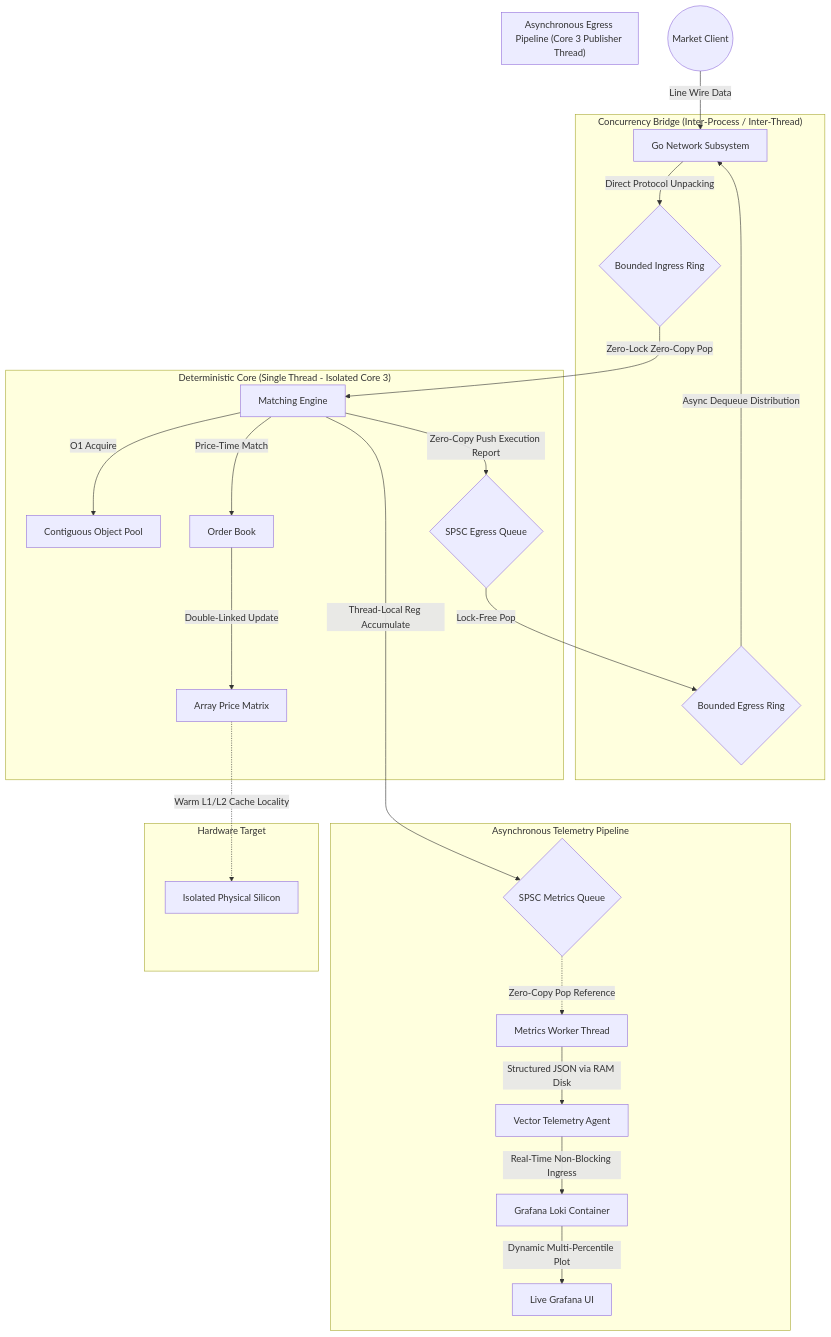
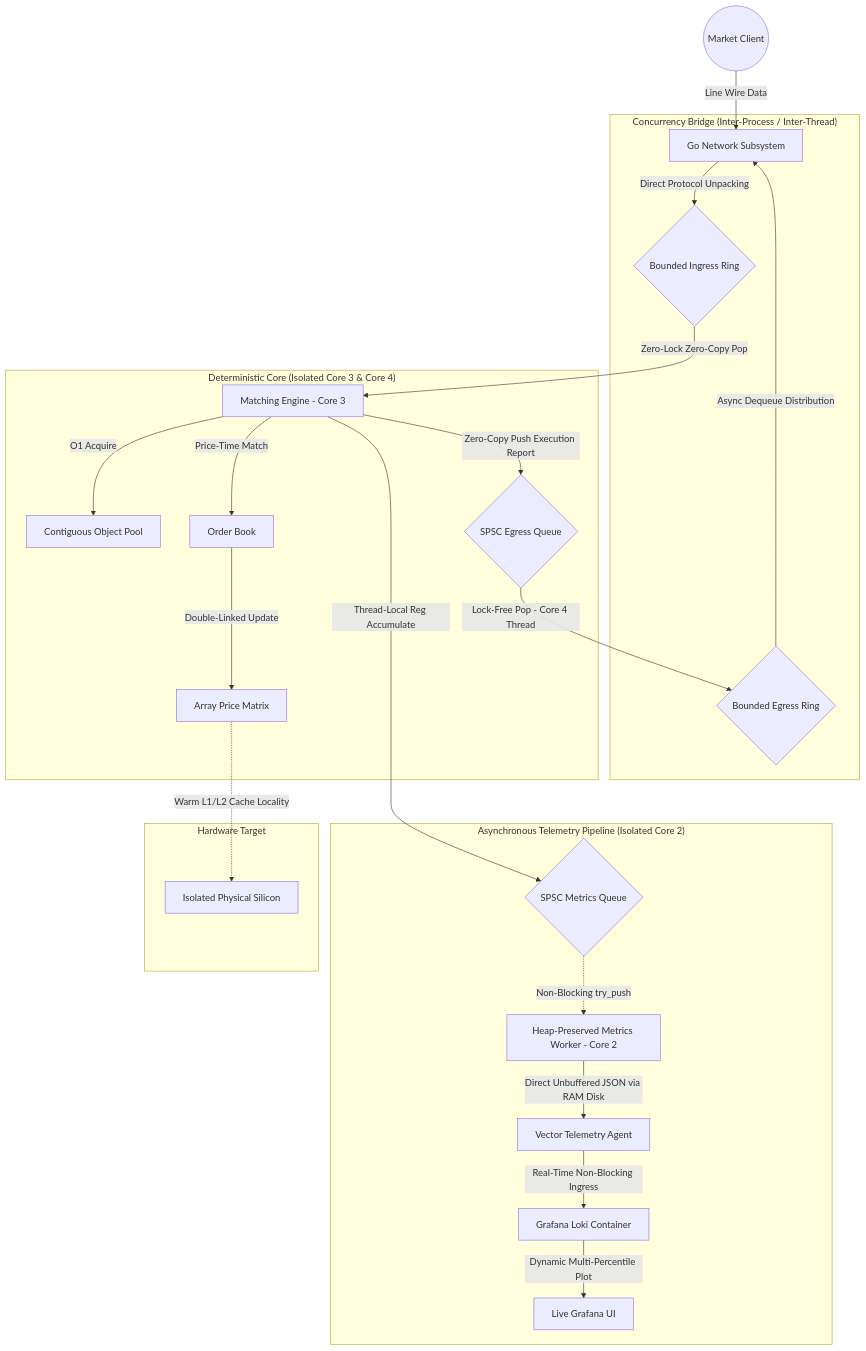
One commit to DeltaFosB/sequitur changed the diagram in README.md. Above: the diagram before and after it, drawn with Mermaid. The commit also changed other lines of this file, not shown here.

Commit message:
Update system architecture, KPIs, and topology for 3-core isolated pipeline in README

````diff
--- a/README.md
+++ b/README.md
@@ -61,36 +61,34 @@
 ```mermaid
 graph TD
     Client((Market Client)) -->|Line Wire Data| GoGateway[Go Network Subsystem]
     
     subgraph "Concurrency Bridge (Inter-Process / Inter-Thread)"
         GoGateway -->|Direct Protocol Unpacking| IngressRing{Bounded Ingress Ring}
         EgressRing{Bounded Egress Ring} -->|Async Dequeue Distribution| GoGateway
     end
     
-    subgraph "Deterministic Core (Single Thread - Isolated Core 3)"
-        IngressRing -->|Zero-Lock Zero-Copy Pop| Engine[Matching Engine]
+    subgraph "Deterministic Core (Isolated Core 3 & Core 4)"
+        IngressRing -->|Zero-Lock Zero-Copy Pop| Engine[Matching Engine - Core 3]
         Engine -->|O1 Acquire| Pool[Contiguous Object Pool]
         Engine -->|Price-Time Match| Book[Order Book]
         Book -->|Double-Linked Update| Matrix[Array Price Matrix]
         Engine -->|Zero-Copy Push Execution Report| EgressQueue{SPSC Egress Queue}
-    end
-
-    subgraph "Asynchronous Egress Pipeline (Core 3 Publisher Thread)"
-        EgressQueue -->|Lock-Free Pop| EgressRing
+        EgressQueue -->|Lock-Free Pop - Core 4 Thread| EgressRing
     end
     
-    subgraph "Asynchronous Telemetry Pipeline"
+    subgraph "Asynchronous Telemetry Pipeline (Isolated Core 2)"
         Engine -->|Thread-Local Reg Accumulate| MetricsQueue{SPSC Metrics Queue}
-        MetricsQueue -.->|Zero-Copy Pop Reference| MetricsWorker[Metrics Worker Thread]
-        MetricsWorker -->|Structured JSON via RAM Disk| Vector[Vector Telemetry Agent]
+        MetricsQueue -.->|Non-Blocking try_push| MetricsWorker[Heap-Preserved Metrics Worker - Core 2]
+        MetricsWorker -->|Direct Unbuffered JSON via RAM Disk| Vector[Vector Telemetry Agent]
         Vector -->|Real-Time Non-Blocking Ingress| Loki[Grafana Loki Container]
         Loki -->|Dynamic Multi-Percentile Plot| Grafana[Live Grafana UI]
     end
     
     subgraph "Hardware Target"
         Matrix -.->|Warm L1/L2 Cache Locality| CPU[Isolated Physical Silicon]
     end
 
     %% Structural layout constraints to force vertical alignment of the decoupled pipelines
     EgressRing ~~~ MetricsQueue
+
 ```
````
